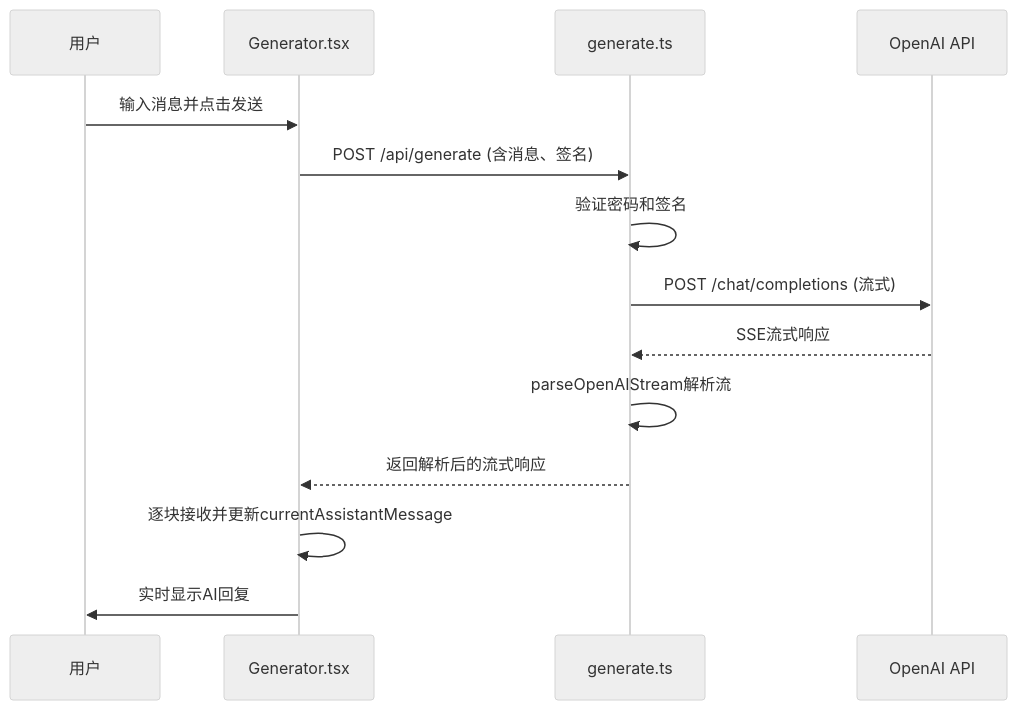
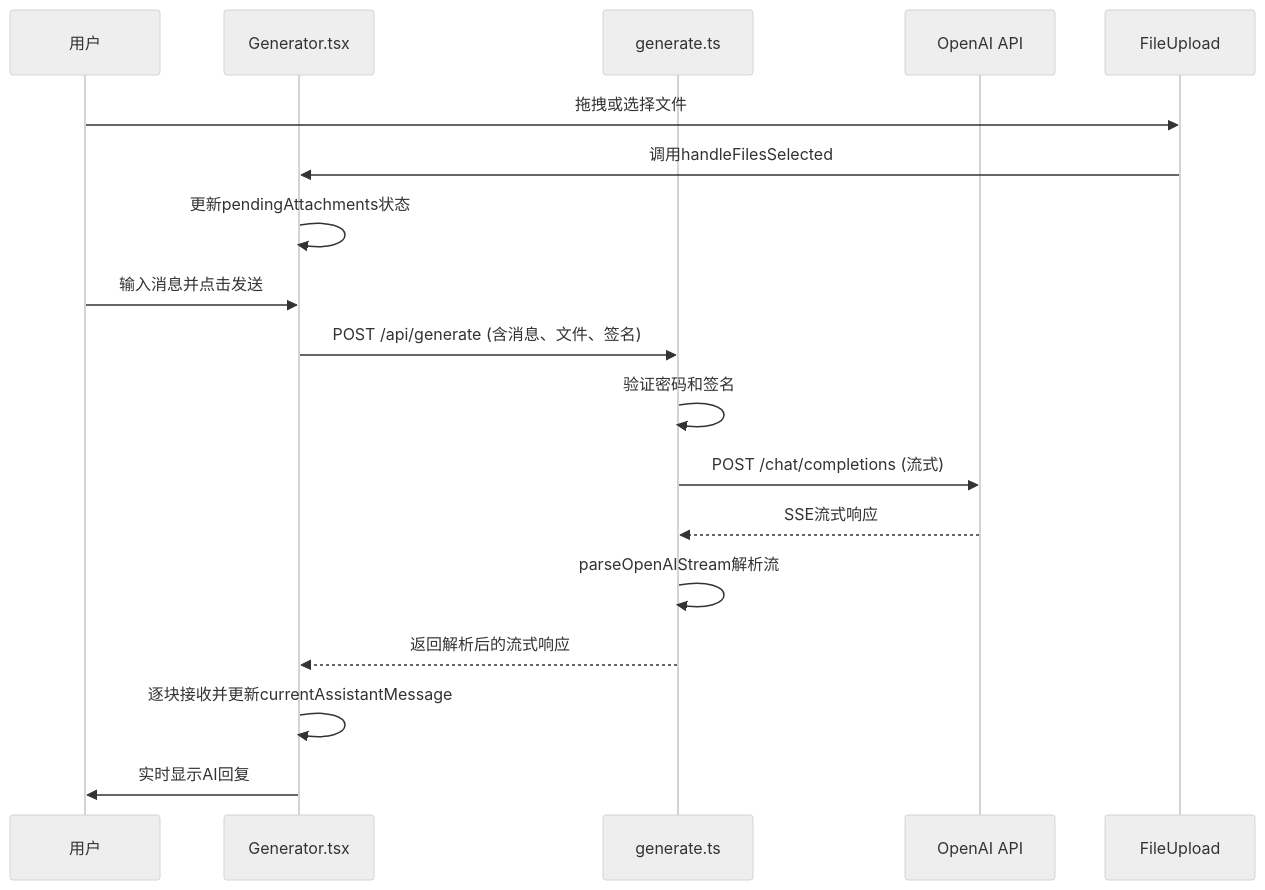
One commit to zfyime/chat-mini changed the second of 6 diagrams in .qoder/repowiki/zh/content/核心功能详解/聊天交互功能.md. Above: the diagram before and after it, drawn with Mermaid (neutral theme). The commit also changed other lines of this file and 8 other files, not shown here.

````diff
--- a/.qoder/repowiki/zh/content/核心功能详解/聊天交互功能.md
+++ b/.qoder/repowiki/zh/content/核心功能详解/聊天交互功能.md
@@ -71,16 +101,20 @@
 ```mermaid
 sequenceDiagram
 participant 用户 as 用户
 participant 前端 as Generator.tsx
 participant 后端 as generate.ts
 participant OpenAI as OpenAI API
+participant 文件 as FileUpload
+用户->>文件 : 拖拽或选择文件
+文件->>前端 : 调用handleFilesSelected
+前端->>前端 : 更新pendingAttachments状态
 用户->>前端 : 输入消息并点击发送
-前端->>后端 : POST /api/generate (含消息、签名)
+前端->>后端 : POST /api/generate (含消息、文件、签名)
 后端->>后端 : 验证密码和签名
 后端->>OpenAI : POST /chat/completions (流式)
 OpenAI-->>后端 : SSE流式响应
 后端->>后端 : parseOpenAIStream解析流
 后端-->>前端 : 返回解析后的流式响应
 前端->>前端 : 逐块接收并更新currentAssistantMessage
 前端->>用户 : 实时显示AI回复
 ```
````
